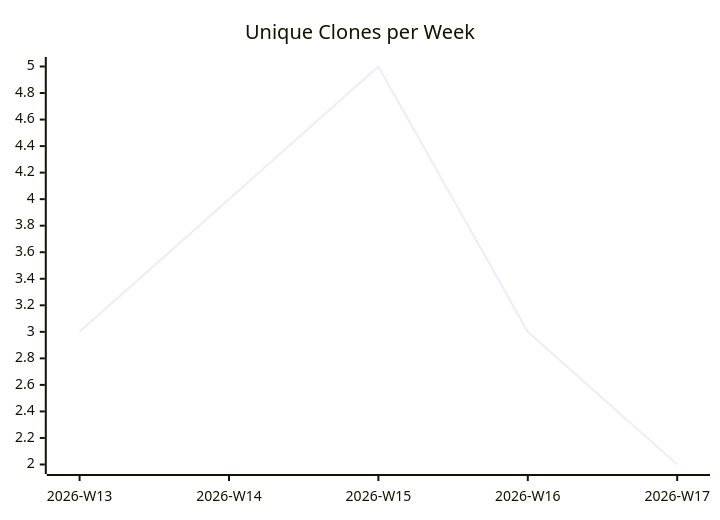
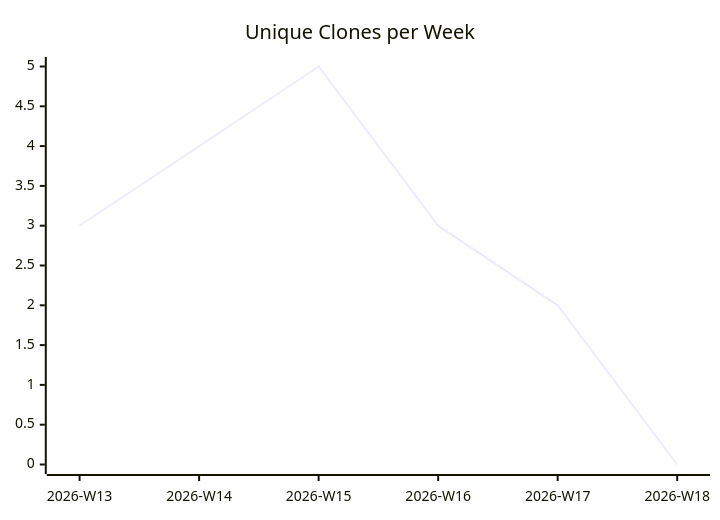
Before and after one commit to justdavis-family/github-analytics-data: the third of 3 diagrams in karlmdavis/justdavis-karl/README.md, drawn with Mermaid. The commit also changed other lines of this file and 184 other files, not shown here.

````diff
--- a/karlmdavis/justdavis-karl/README.md
+++ b/karlmdavis/justdavis-karl/README.md
@@ -19,6 +19,6 @@
 ```mermaid
 xychart-beta
   title "Unique Clones per Week"
-  x-axis ["2026-W13", "2026-W14", "2026-W15", "2026-W16", "2026-W17"]
-  line [3, 4, 5, 3, 2]
+  x-axis ["2026-W13", "2026-W14", "2026-W15", "2026-W16", "2026-W17", "2026-W18"]
+  line [3, 4, 5, 3, 2, 0]
 ```
````
